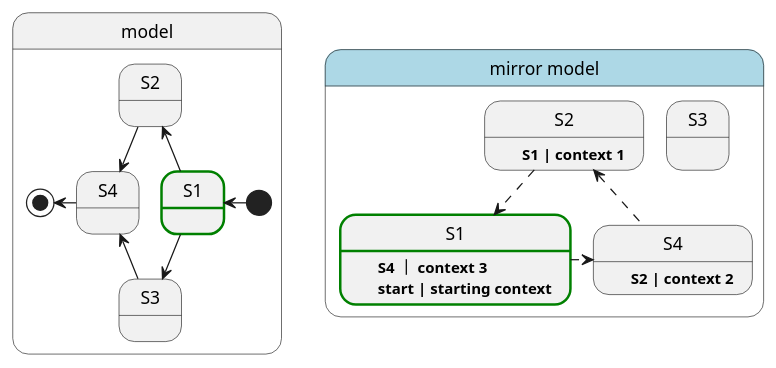
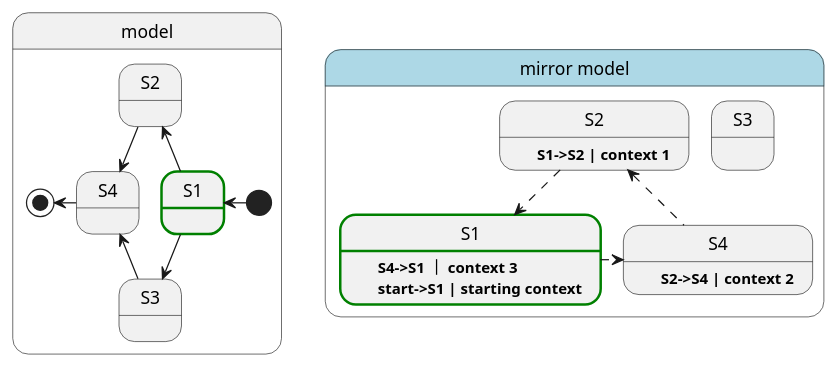
The diagram in docs/diagrams/enkrino5.puml (nemoworks/enkrinojs), drawn with PlantUML before and after one commit. The commit also changed 6 other files, not shown here.

```diff
--- a/docs/diagrams/enkrino5.puml
+++ b/docs/diagrams/enkrino5.puml
@@ -1,27 +1,27 @@
 @startuml
 state model {
     state S1  ##[bold]green
     state S2 
     state S3 
     state S4
 
 
     [*] -left-> S1
     S1 -up-> S2
     S1 -down-> S3
     S2 -down-> S4
     S3 -up-> S4
     S4 -left-> [*]
 }
 
 state "mirror model" as mirror#lightblue{
-    state "S1" as MS1 ##[bold]green  : \t**S4 ｜ context 3**\n\t**start | starting context**
-    state "S2" as MS2 : \t**S1 | context 1**
+    state "S1" as MS1 ##[bold]green  : \t**S4->S1 ｜ context 3**\n\t**start->S1 | starting context**
+    state "S2" as MS2 : \t**S1->S2 | context 1**
     state "S3" as MS3 : \t
-    state "S4" as MS4 : \t**S2 | context 2**
+    state "S4" as MS4 : \t**S2->S4 | context 2**
     MS2 -down[dashed]-> MS1
     MS4 -up[dashed]-> MS2
     MS1 -right[dashed]-> MS4
 }
 
 @enduml
```
